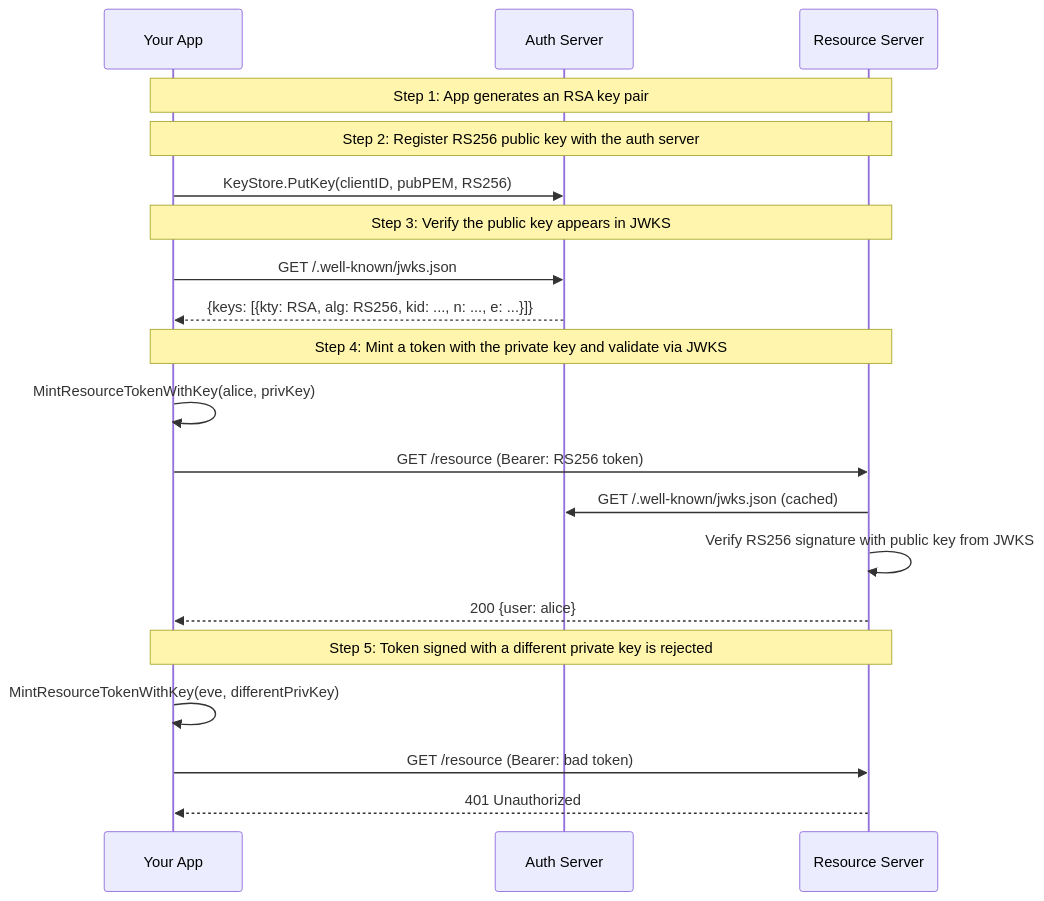
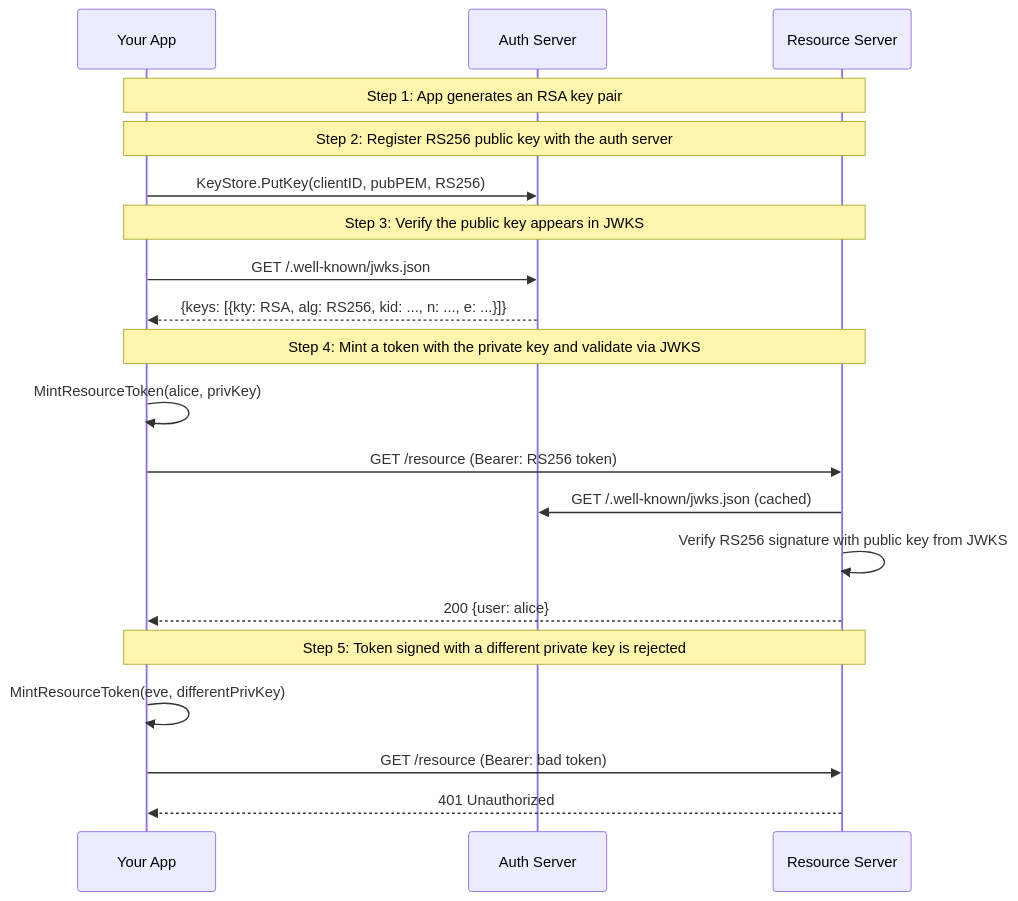
One commit to panyam/oneauth changed the diagram in examples/03-resource-token-rs256-jwks/WALKTHROUGH.md. Above: the diagram before and after it, drawn with Mermaid. The commit also changed 22 other files, not shown here.

````diff
--- a/examples/03-resource-token-rs256-jwks/WALKTHROUGH.md
+++ b/examples/03-resource-token-rs256-jwks/WALKTHROUGH.md
@@ -15,27 +15,27 @@
 ```mermaid
 sequenceDiagram
     participant App as Your App
     participant AS as Auth Server
     participant RS as Resource Server
 
     Note over App,RS: Step 1: App generates an RSA key pair
 
     Note over App,RS: Step 2: Register RS256 public key with the auth server
     App->>AS: KeyStore.PutKey(clientID, pubPEM, RS256)
 
     Note over App,RS: Step 3: Verify the public key appears in JWKS
     App->>AS: GET /.well-known/jwks.json
     AS-->>App: {keys: [{kty: RSA, alg: RS256, kid: ..., n: ..., e: ...}]}
 
     Note over App,RS: Step 4: Mint a token with the private key and validate via JWKS
-    App->>App: MintResourceTokenWithKey(alice, privKey)
+    App->>App: MintResourceToken(alice, privKey)
     App->>RS: GET /resource (Bearer: RS256 token)
     RS->>AS: GET /.well-known/jwks.json (cached)
     RS->>RS: Verify RS256 signature with public key from JWKS
     RS-->>App: 200 {user: alice}
 
     Note over App,RS: Step 5: Token signed with a different private key is rejected
-    App->>App: MintResourceTokenWithKey(eve, differentPrivKey)
+    App->>App: MintResourceToken(eve, differentPrivKey)
     App->>RS: GET /resource (Bearer: bad token)
     RS-->>App: 401 Unauthorized
 ```
````
